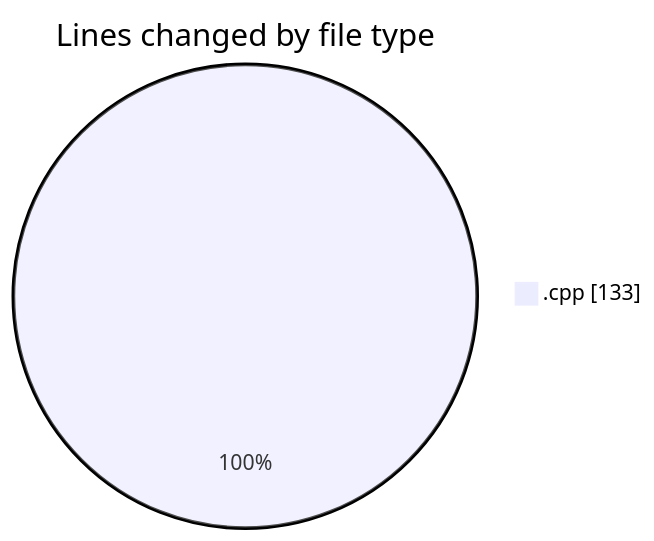
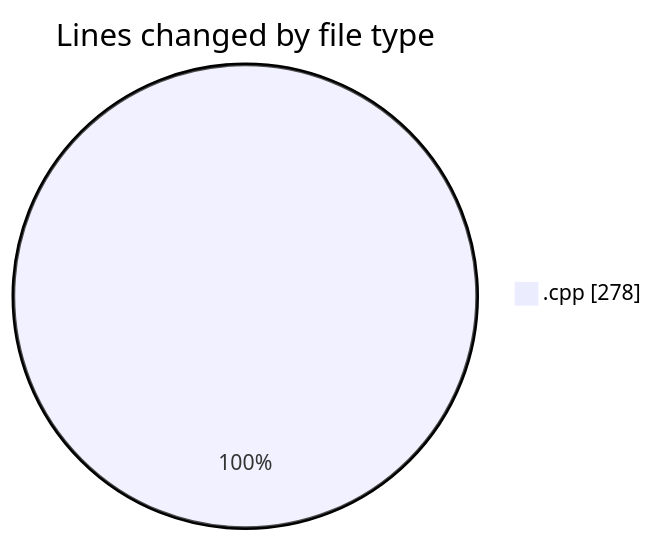
One commit to Netris89/code-tracking changed the first of 2 diagrams in 2025-04-26/echo/README.md. Above: the diagram before and after it, drawn with Mermaid. The commit also changed other lines of this file and 1 other file, not shown here.

````diff
--- a/2025-04-26/echo/README.md
+++ b/2025-04-26/echo/README.md
@@ -20,5 +20,5 @@
 ```mermaid
 pie showData
 title Lines changed by file type
-".cpp" : 133
+".cpp" : 278
 ```
````
